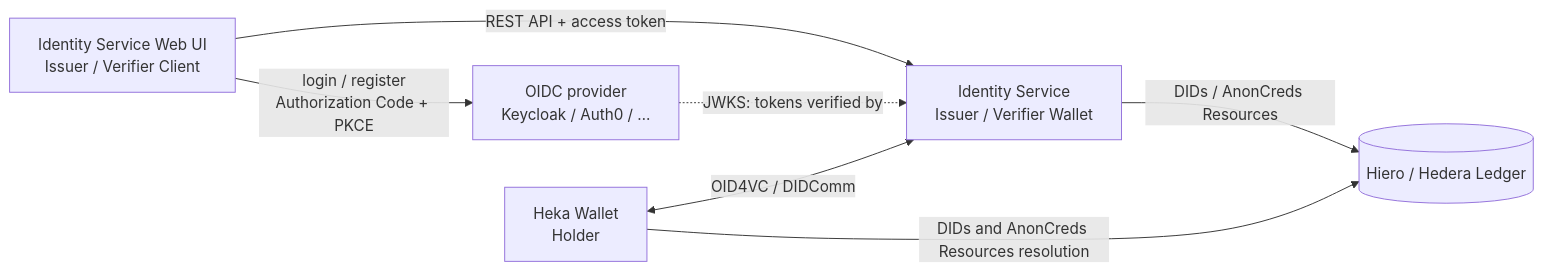
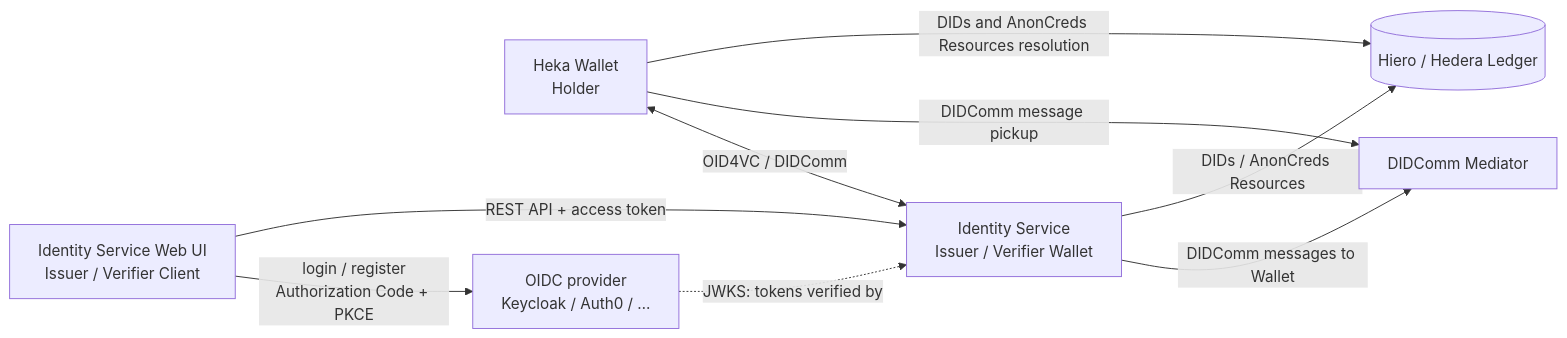
Before and after one commit to hiero-ledger/heka-identity-platform: the diagram in README.md, drawn with Mermaid. The commit also changed other lines of this file and 10 other files, not shown here.

Commit message:
feat: self-hosted DIDComm mediator with non-blocking setup (#243)

````diff
--- a/README.md
+++ b/README.md
@@ -25,15 +26,18 @@
 ```mermaid
 flowchart LR
     Wallet[Heka Wallet<br/>Holder]
+    Mediator[DIDComm Mediator]
     WebUI[Identity Service Web UI<br/>Issuer / Verifier Client]
     OIDC[OIDC provider<br/>Keycloak / Auth0 / …]
     IS[Identity Service<br/>Issuer / Verifier Wallet]
     Hedera[(Hiero / Hedera Ledger)]
 
     WebUI -->|login / register<br/>Authorization Code + PKCE| OIDC
     WebUI -->|REST API + access token| IS
     OIDC -.->|JWKS: tokens verified by| IS
     Wallet <-->|OID4VC / DIDComm| IS
+    Wallet -->|DIDComm message pickup| Mediator
+    IS -->|DIDComm messages to Wallet| Mediator
     IS -->|DIDs / AnonCreds Resources| Hedera
     Wallet -->|DIDs and AnonCreds Resources resolution| Hedera
 ```
````
